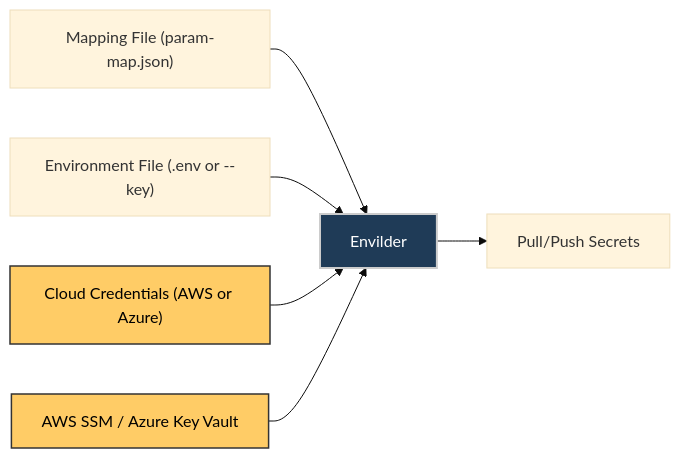
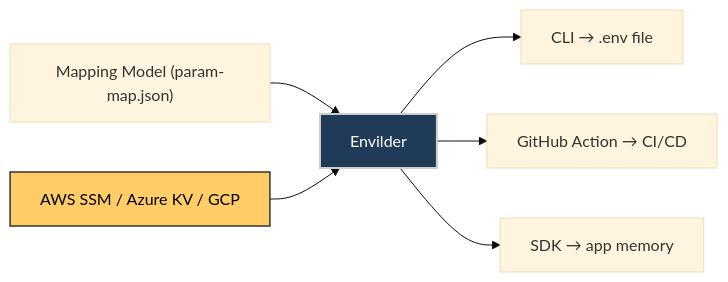
The diagram in README.md (macalbert/envilder), drawn with Mermaid (base theme) before and after one commit. The commit also changed other lines of this file and 45 other files, not shown here.

Commit message:
feat(sdk-python): add environment-based secret loading via overloaded methods (#163)

````diff
--- a/README.md
+++ b/README.md
@@ -423,11 +427,11 @@
 ```mermaid
 graph LR
-    A["Mapping File (param-map.json)"] --> B[Envilder]:::core
-    C["Environment File (.env or --key)"] --> B
-    D["Cloud Credentials (AWS or Azure)"]:::cloud --> B
-    E["AWS SSM / Azure Key Vault"]:::cloud --> B
-    B --> F["Pull/Push Secrets"]
+    A["Mapping Model (param-map.json)"] --> B[Envilder]:::core
+    B --> C["CLI → .env file"]
+    B --> D["GitHub Action → CI/CD"]
+    B --> E["SDK → app memory"]
+    F["AWS SSM / Azure KV / GCP"]:::cloud --> B
 
     classDef cloud fill:#ffcc66,color:#000000,stroke:#333,stroke-width:1.5px;
     classDef core fill:#1f3b57,color:#fff,stroke:#ccc,stroke-width:2px;
 ```
````
